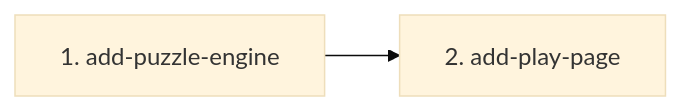
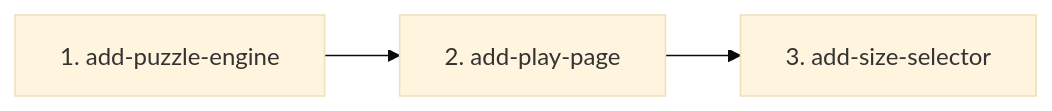
Before and after one commit to vecktor/binarka: the diagram in docs/mvp-capability-plan.md, drawn with Mermaid (base theme). The commit also changed other lines of this file and 12 other files, not shown here.

````diff
--- a/docs/mvp-capability-plan.md
+++ b/docs/mvp-capability-plan.md
@@ -25,4 +26,5 @@
 ```mermaid
 flowchart LR
     a["1. add-puzzle-engine"] --> b["2. add-play-page"]
+    b --> c["3. add-size-selector"]
 ```
````
